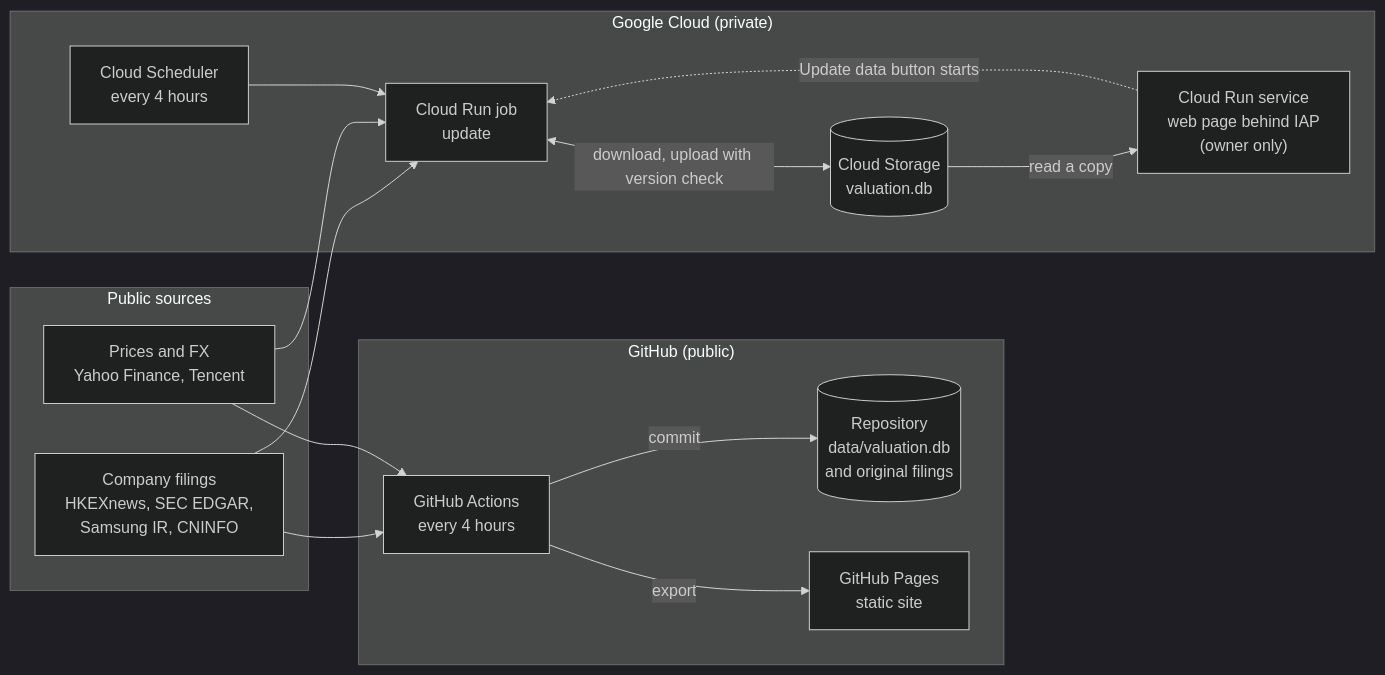
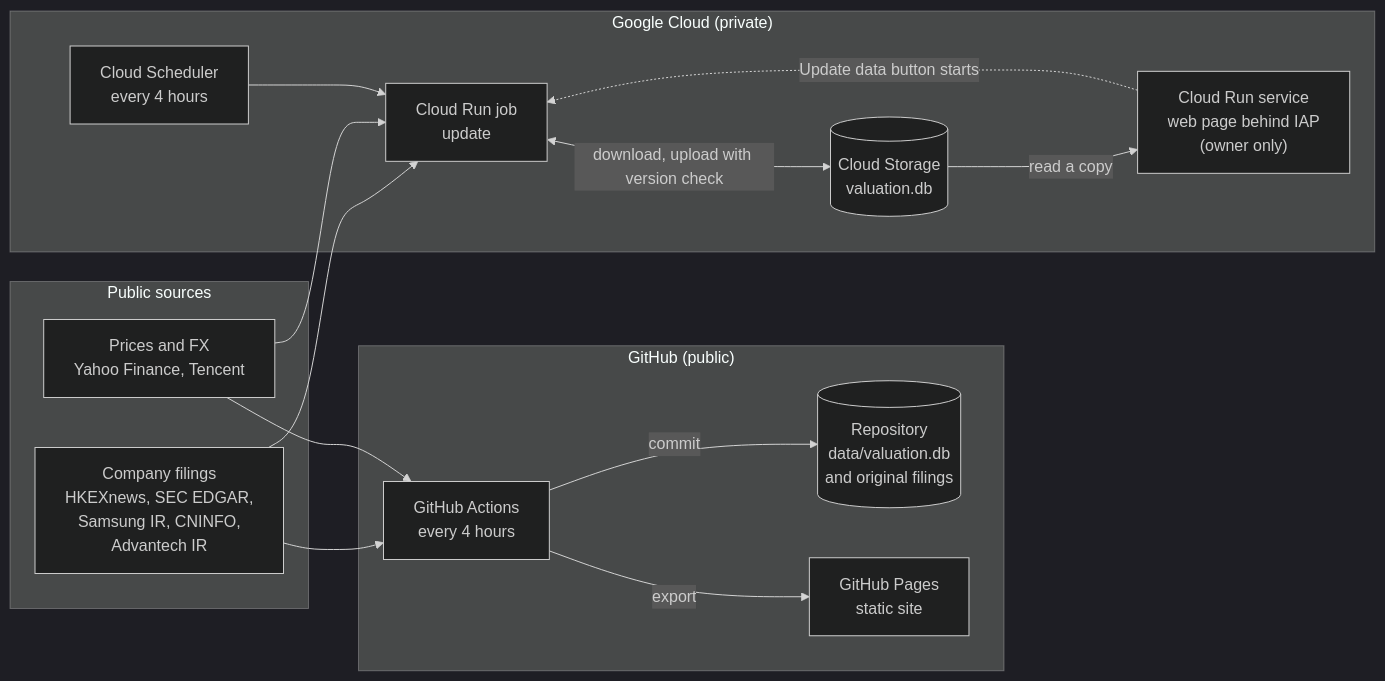
Before and after one commit to yun-zhsh/Watchlist-monitor: the diagram in README.md, drawn with Mermaid (dark theme). The commit also changed other lines of this file and 10 other files, not shown here.

````diff
--- a/README.md
+++ b/README.md
@@ -19,32 +19,32 @@
 ```mermaid
 flowchart LR
   subgraph SRC["Public sources"]
-    F["Company filings<br/>HKEXnews, SEC EDGAR,<br/>Samsung IR, CNINFO"]
+    F["Company filings<br/>HKEXnews, SEC EDGAR,<br/>Samsung IR, CNINFO,<br/>Advantech IR"]
     P["Prices and FX<br/>Yahoo Finance, Tencent"]
   end
 
   subgraph GH["GitHub (public)"]
     A["GitHub Actions<br/>every 4 hours"]
     R[("Repository<br/>data/valuation.db<br/>and original filings")]
     S["GitHub Pages<br/>static site"]
   end
 
   subgraph GCP["Google Cloud (private)"]
     SCH["Cloud Scheduler<br/>every 4 hours"]
     J["Cloud Run job<br/>update"]
     B[("Cloud Storage<br/>valuation.db")]
     W["Cloud Run service<br/>web page behind IAP<br/>(owner only)"]
   end
 
   F --> A
   P --> A
   A -- commit --> R
   A -- export --> S
 
   F --> J
   P --> J
   SCH --> J
   J <-- "download, upload with version check" --> B
   B -- "read a copy" --> W
   W -. "Update data button starts" .-> J
 ```
````
